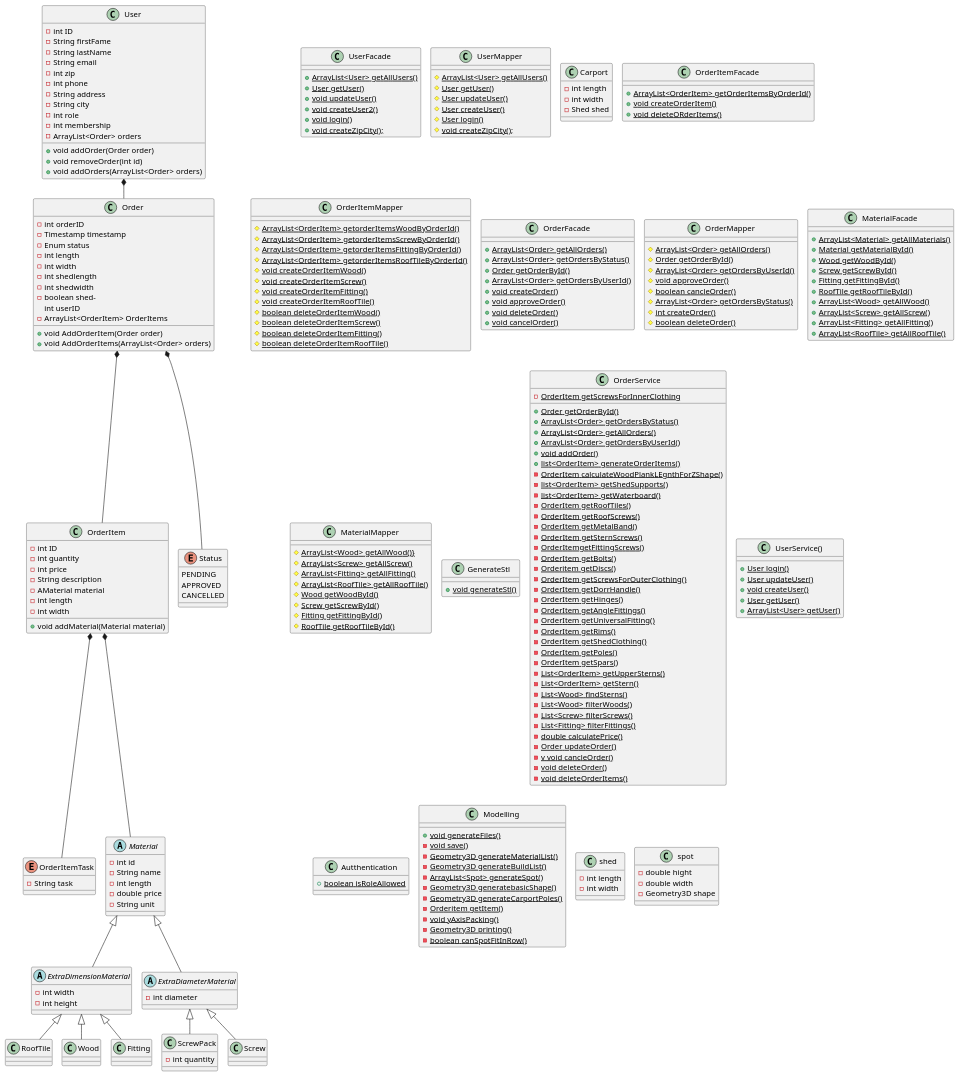
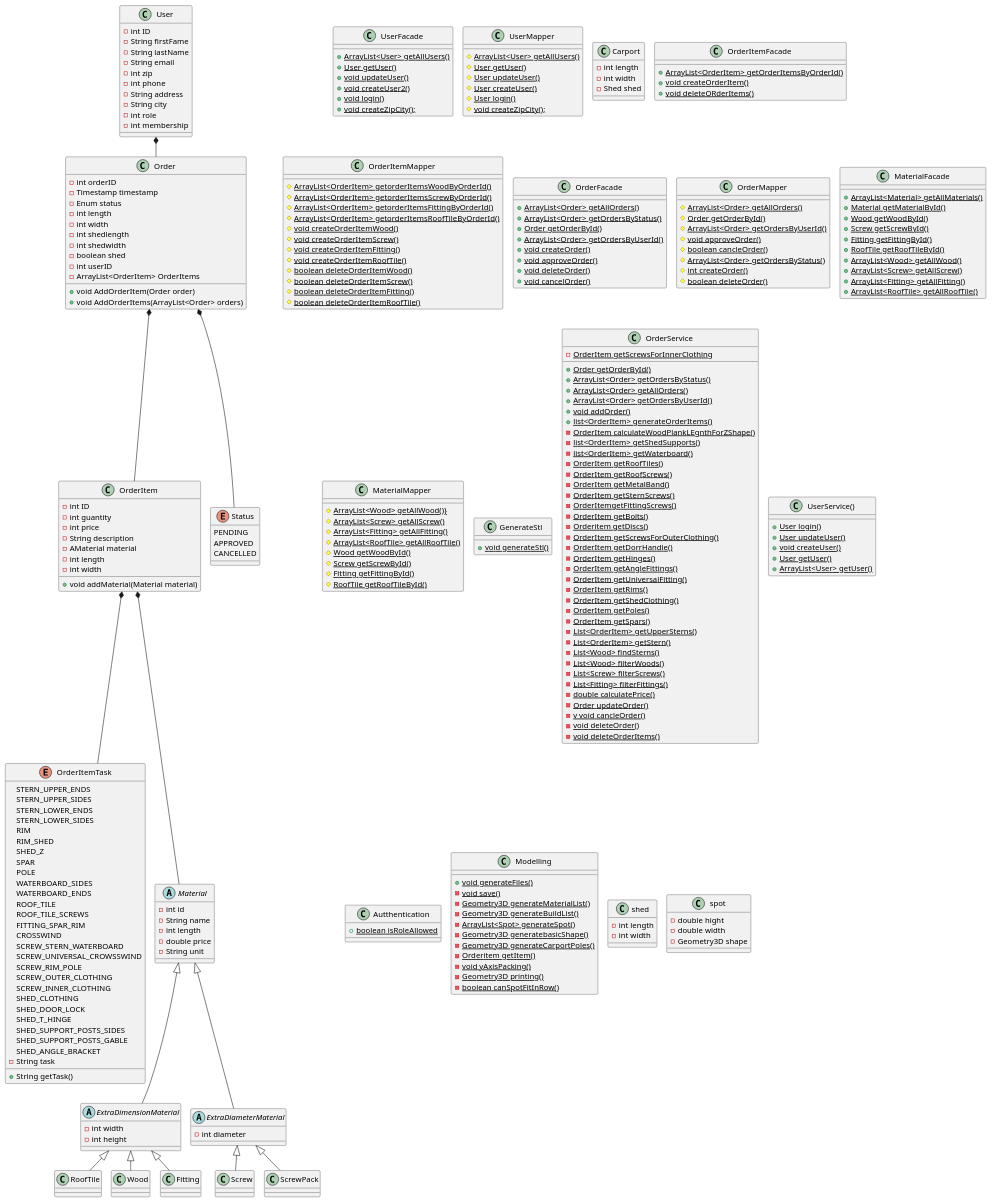
The diagram in documentation/ClassDiagramV4.puml (HeinLarsen/fog-carport), drawn with PlantUML before and after one commit. The commit also changed 12 other files, not shown here.

Commit message:
updated domain and class diagram, changed db to localhost, updated orderItem to use OrderItemTask instead of string for description

```diff
--- a/documentation/ClassDiagramV4.puml
+++ b/documentation/ClassDiagramV4.puml
@@ -14,10 +14,6 @@
 - String city
 - int role
 - int membership
-- ArrayList<Order> orders
-+ void addOrder(Order order)
-+ void removeOrder(int id)
-+ void addOrders(ArrayList<Order> orders)
 }
 
 class UserFacade {
@@ -56,7 +52,34 @@
 }
 
 Enum OrderItemTask{
+STERN_UPPER_ENDS
+STERN_UPPER_SIDES
+STERN_LOWER_ENDS
+STERN_LOWER_SIDES
+RIM
+RIM_SHED
+SHED_Z
+SPAR
+POLE
+WATERBOARD_SIDES
+WATERBOARD_ENDS
+ROOF_TILE
+ROOF_TILE_SCREWS
+FITTING_SPAR_RIM
+CROSSWIND
+SCREW_STERN_WATERBOARD
+SCREW_UNIVERSAL_CROWSSWIND
+SCREW_RIM_POLE
+SCREW_OUTER_CLOTHING
+SCREW_INNER_CLOTHING
+SHED_CLOTHING
+SHED_DOOR_LOCK
+SHED_T_HINGE
+SHED_SUPPORT_POSTS_SIDES
+SHED_SUPPORT_POSTS_GABLE
+SHED_ANGLE_BRACKET
 - String task
++ String getTask()
 }
 
 class OrderItemFacade {
@@ -88,8 +111,8 @@
 - int width
 - int shedlength
 - int shedwidth
-- boolean shed-
-int userID
+- boolean shed
+- int userID
 - ArrayList<OrderItem> OrderItems
 + void AddOrderItem(Order order)
 + void AddOrderItems(ArrayList<Order> orders)
@@ -250,10 +273,6 @@
 - int diameter
 }
 
-class ScrewPack {
-- int quantity
-}
-
 class Screw {
 }
 
```
